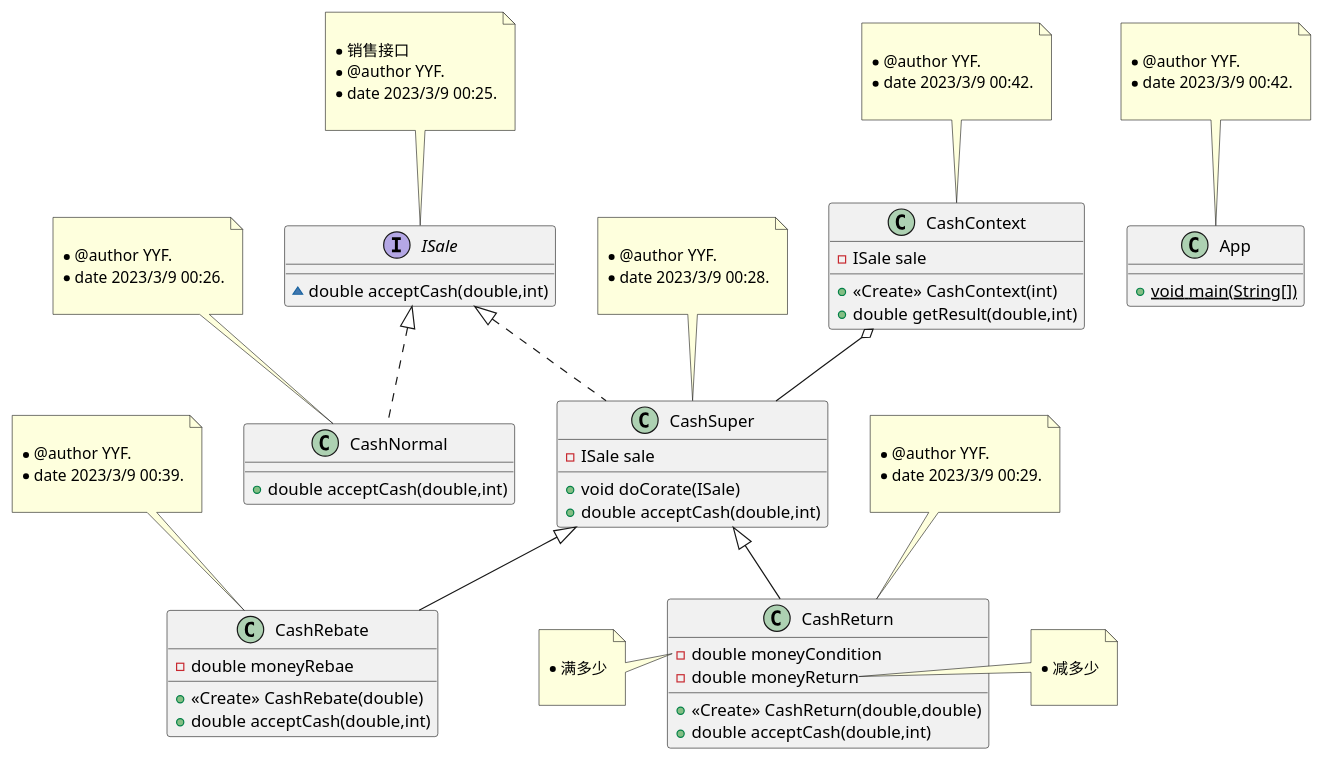
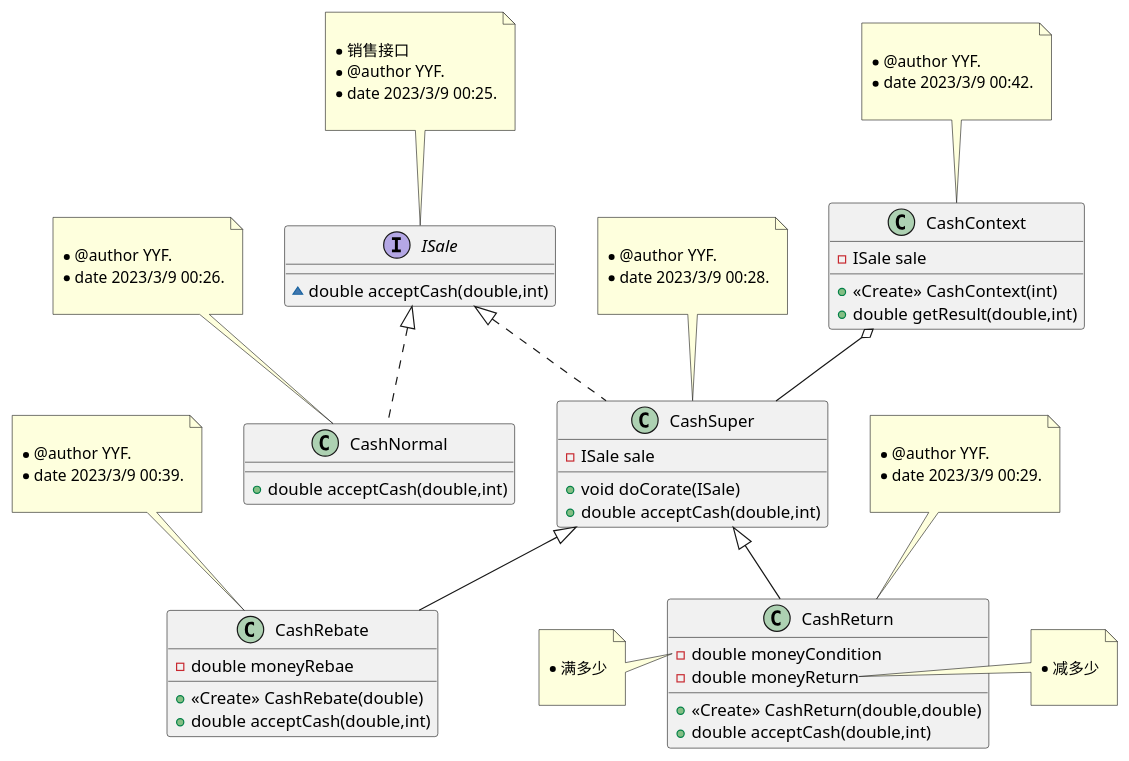
One commit to yuanyf417/DP changed the diagram in ch602.puml. Above: the diagram before and after it, drawn with PlantUML. The commit also changed 2 other files, not shown here.

Commit message:
fix: chp6.x uml

```diff
--- a/ch602.puml
+++ b/ch602.puml
@@ -1,99 +1,90 @@
 @startuml
-class App {
-+ {static} void main(String[])
-}
-note top of App
-
- * @author YYF.
- * date 2023/3/9 00:42.
- 
-end note
 
 class CashNormal {
 + double acceptCash(double,int)
 }
 note top of CashNormal
 
  * @author YYF.
  * date 2023/3/9 00:26.
  
 end note
 
 interface ISale {
 ~ double acceptCash(double,int)
 }
 note top of ISale
 
  * 销售接口
  * @author YYF.
  * date 2023/3/9 00:25.
  
 end note
 
 class CashSuper {
 - ISale sale
 + void doCorate(ISale)
 + double acceptCash(double,int)
 }
 note top of CashSuper
 
  * @author YYF.
  * date 2023/3/9 00:28.
  
 end note
 
 class CashContext {
 - ISale sale
 + <<Create>> CashContext(int)
 + double getResult(double,int)
 }
 note top of CashContext
 
  * @author YYF.
  * date 2023/3/9 00:42.
  
 end note
 
 class CashReturn {
 - double moneyCondition
 - double moneyReturn
 + <<Create>> CashReturn(double,double)
 + double acceptCash(double,int)
 }
 note top of CashReturn
 
  * @author YYF.
  * date 2023/3/9 00:29.
  
 end note
 note left of CashReturn::moneyCondition
 
      * 满多少
      
 end note
 note right of CashReturn::moneyReturn
 
      * 减多少
      
 end note
 
 class CashRebate {
 - double moneyRebae
 + <<Create>> CashRebate(double)
 + double acceptCash(double,int)
 }
 note top of CashRebate
 
  * @author YYF.
  * date 2023/3/9 00:39.
  
 end note
 
 
 
 ISale <|.. CashNormal
 ISale <|.. CashSuper
 CashSuper <|-- CashReturn
 CashSuper <|-- CashRebate
 CashContext o-- CashSuper
 @enduml
```
